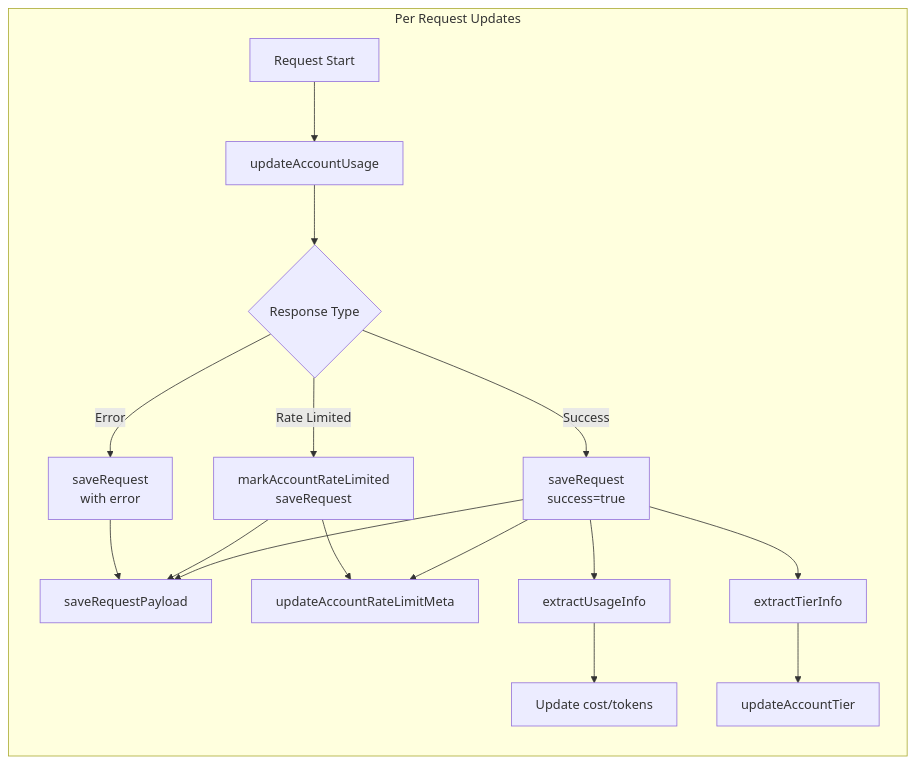
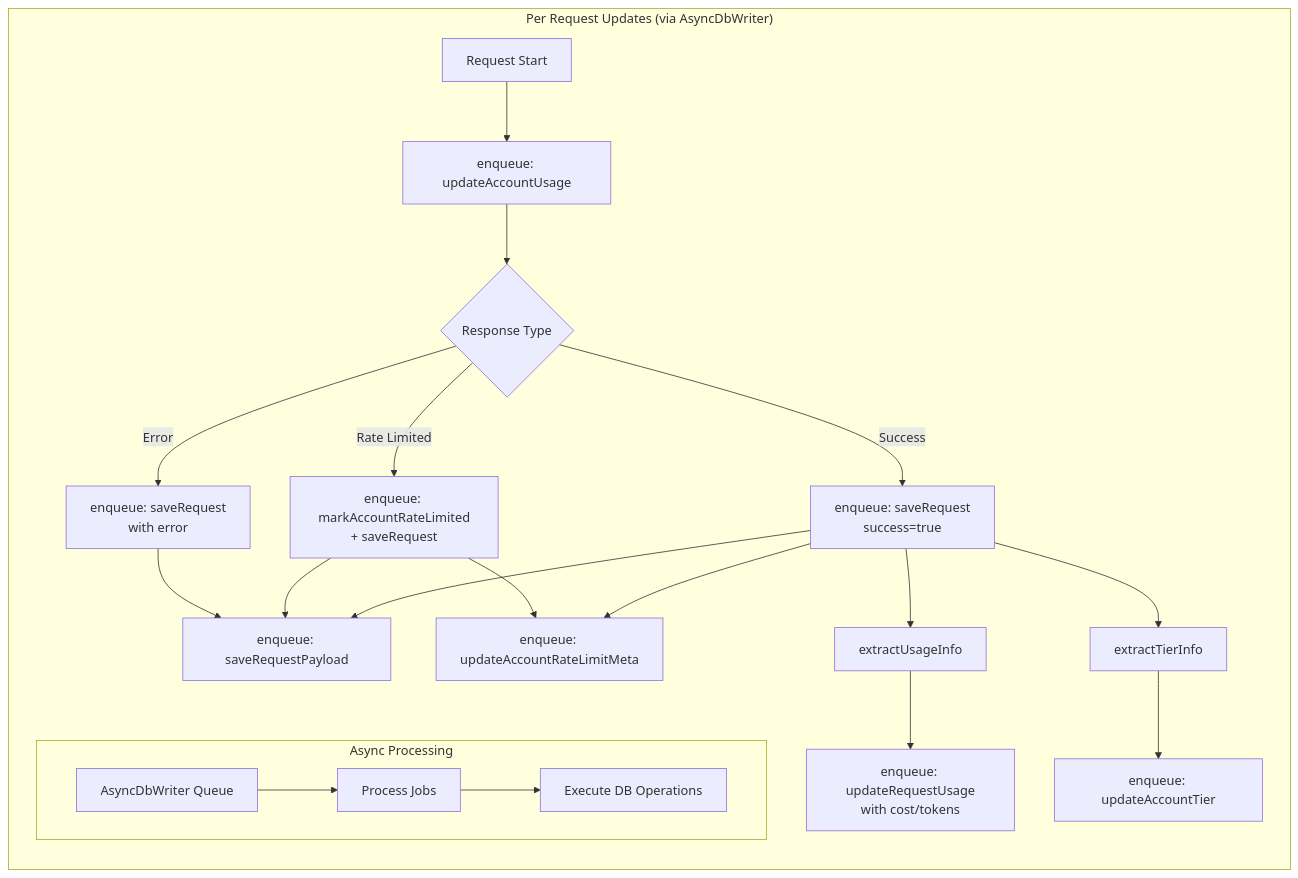
One commit to tombii/better-ccflare changed the ninth of 13 diagrams in docs/data-flow.md. Above: the diagram before and after it, drawn with Mermaid. The commit also changed other lines of this file and 13 other files, not shown here.

````diff
--- a/docs/data-flow.md
+++ b/docs/data-flow.md
@@ -346,23 +461,28 @@
 ```mermaid
 flowchart LR
-    subgraph "Per Request Updates"
-        A[Request Start] --> B[updateAccountUsage]
+    subgraph "Per Request Updates (via AsyncDbWriter)"
+        A[Request Start] --> B[enqueue: updateAccountUsage]
         B --> C{Response Type}
-        C -->|Success| D[saveRequest<br/>success=true]
-        C -->|Rate Limited| E[markAccountRateLimited<br/>saveRequest]
-        C -->|Error| F[saveRequest<br/>with error]
+        C -->|Success| D[enqueue: saveRequest<br/>success=true]
+        C -->|Rate Limited| E[enqueue: markAccountRateLimited<br/>+ saveRequest]
+        C -->|Error| F[enqueue: saveRequest<br/>with error]
         
-        D --> G[saveRequestPayload]
+        D --> G[enqueue: saveRequestPayload]
         E --> G
         F --> G
         
-        D --> H[updateAccountRateLimitMeta]
+        D --> H[enqueue: updateAccountRateLimitMeta]
         E --> H
         
         D --> I[extractUsageInfo]
-        I --> J[Update cost/tokens]
+        I --> J[enqueue: updateRequestUsage<br/>with cost/tokens]
         
         D --> K[extractTierInfo]
-        K --> L[updateAccountTier]
+        K --> L[enqueue: updateAccountTier]
+        
+        subgraph "Async Processing"
+            M[AsyncDbWriter Queue] --> N[Process Jobs]
+            N --> O[Execute DB Operations]
+        end
     end
 ```
````
